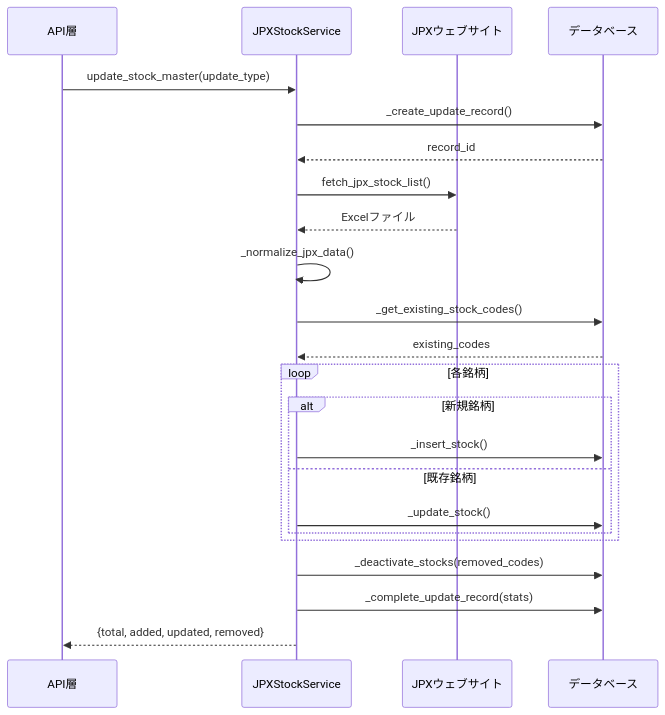
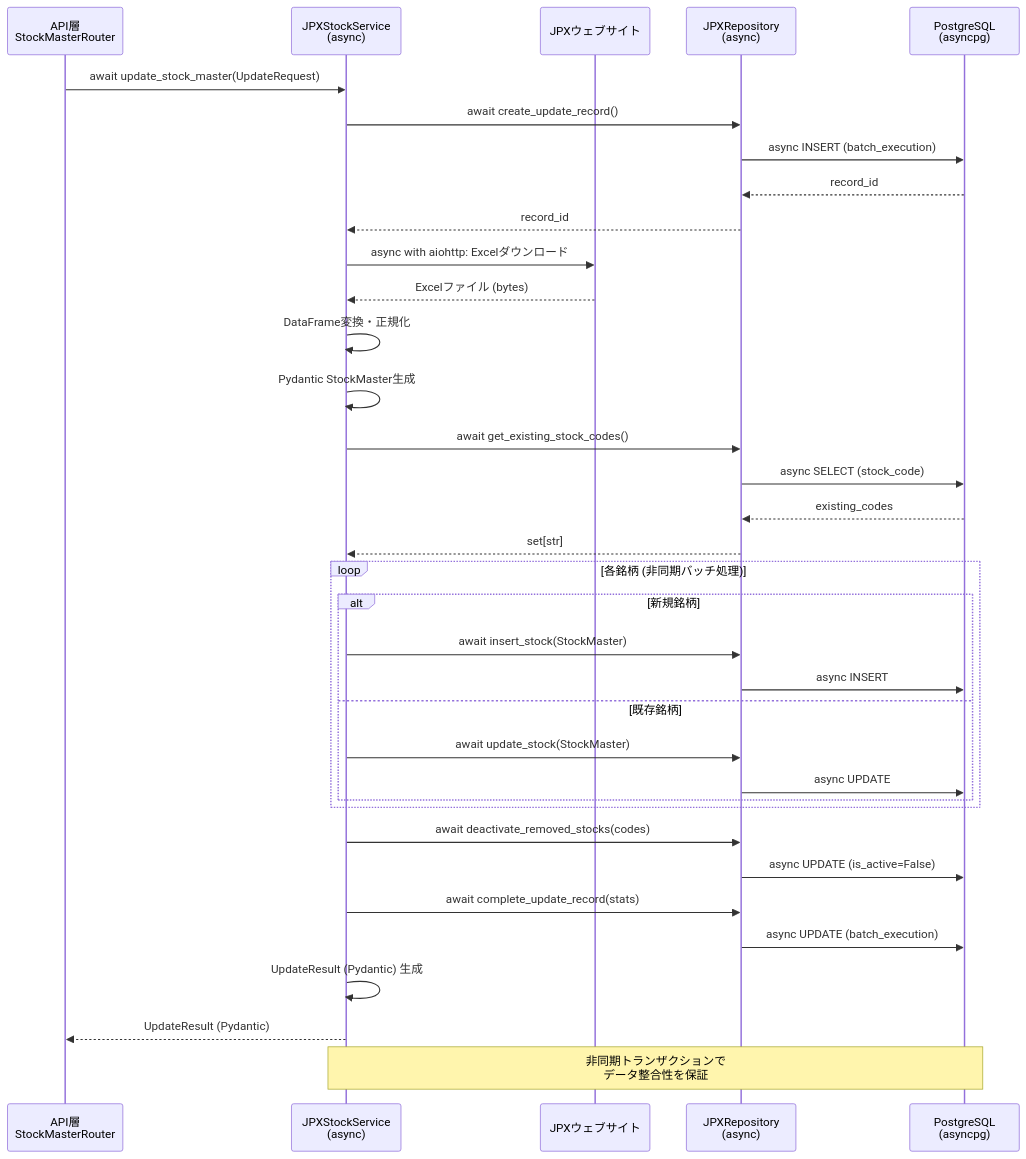
One commit to TIMMY-WEST/STOCK-INVESTMENT-ANALYZER changed the ninth of 9 diagrams in docs/architecture/layers/service_layer.md. Above: the diagram before and after it, drawn with Mermaid. The commit also changed other lines of this file and 2 other files, not shown here.

````diff
--- a/docs/architecture/layers/service_layer.md
+++ b/docs/architecture/layers/service_layer.md
@@ -384,31 +683,47 @@
 ```mermaid
 sequenceDiagram
-    participant API as API層
-    participant JPX as JPXStockService
-    participant Web as JPXウェブサイト
-    participant DB as データベース
+    participant API as API層<br/>StockMasterRouter
+    participant Service as JPXStockService<br/>(async)
+    participant JPXWeb as JPXウェブサイト
+    participant Repo as JPXRepository<br/>(async)
+    participant DB as PostgreSQL<br/>(asyncpg)
 
-    API->>JPX: update_stock_master(update_type)
-    JPX->>DB: _create_update_record()
-    DB-->>JPX: record_id
+    API->>Service: await update_stock_master(UpdateRequest)
 
-    JPX->>Web: fetch_jpx_stock_list()
-    Web-->>JPX: Excelファイル
+    Service->>Repo: await create_update_record()
+    Repo->>DB: async INSERT (batch_execution)
+    DB-->>Repo: record_id
+    Repo-->>Service: record_id
 
-    JPX->>JPX: _normalize_jpx_data()
-    JPX->>DB: _get_existing_stock_codes()
-    DB-->>JPX: existing_codes
+    Service->>JPXWeb: async with aiohttp: Excelダウンロード
+    JPXWeb-->>Service: Excelファイル (bytes)
 
-    loop 各銘柄
+    Service->>Service: DataFrame変換・正規化
+    Service->>Service: Pydantic StockMaster生成
+
+    Service->>Repo: await get_existing_stock_codes()
+    Repo->>DB: async SELECT (stock_code)
+    DB-->>Repo: existing_codes
+    Repo-->>Service: set[str]
+
+    loop 各銘柄 (非同期バッチ処理)
         alt 新規銘柄
-            JPX->>DB: _insert_stock()
+            Service->>Repo: await insert_stock(StockMaster)
+            Repo->>DB: async INSERT
         else 既存銘柄
-            JPX->>DB: _update_stock()
+            Service->>Repo: await update_stock(StockMaster)
+            Repo->>DB: async UPDATE
         end
     end
 
-    JPX->>DB: _deactivate_stocks(removed_codes)
-    JPX->>DB: _complete_update_record(stats)
+    Service->>Repo: await deactivate_removed_stocks(codes)
+    Repo->>DB: async UPDATE (is_active=False)
 
-    JPX-->>API: {total, added, updated, removed}
+    Service->>Repo: await complete_update_record(stats)
+    Repo->>DB: async UPDATE (batch_execution)
+
+    Service->>Service: UpdateResult (Pydantic) 生成
+    Service-->>API: UpdateResult (Pydantic)
+
+    Note over Service,DB: 非同期トランザクションで<br/>データ整合性を保証
 ```
````
